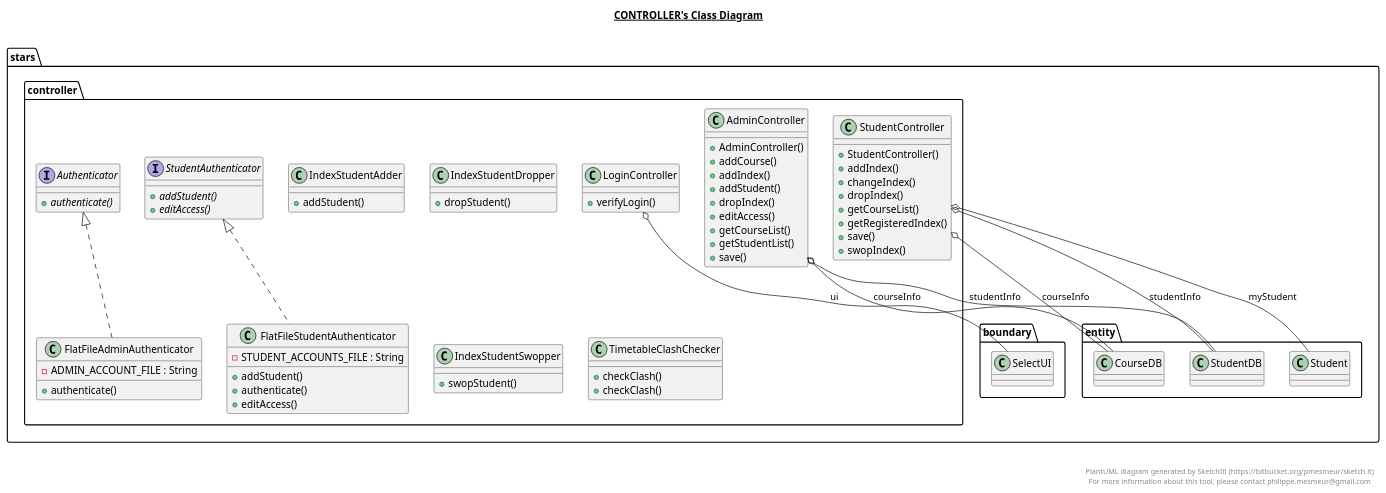
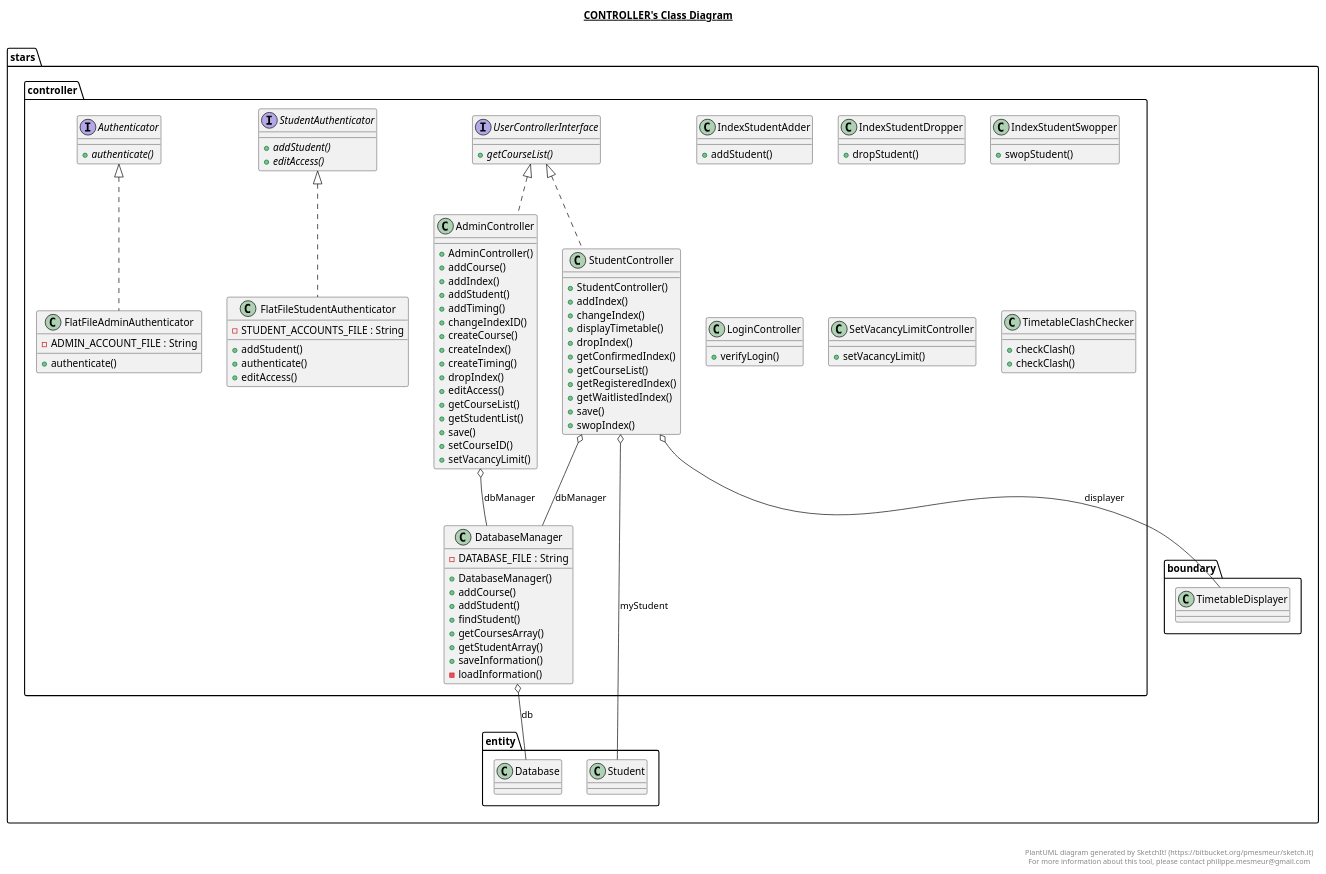
One commit to shengjie98/CZ2002 changed the diagram in stars/controller/controller.plantuml. Above: the diagram before and after it, drawn with PlantUML. The commit also changed 6 other files, not shown here.

Commit message:
uml diag

```diff
--- a/stars/controller/controller.plantuml
+++ b/stars/controller/controller.plantuml
@@ -1,120 +1,160 @@
 @startuml
 
 title __CONTROLLER's Class Diagram__\n
 
   namespace stars.controller {
     class stars.controller.AdminController {
         + AdminController()
         + addCourse()
         + addIndex()
         + addStudent()
+        + addTiming()
+        + changeIndexID()
+        + createCourse()
+        + createIndex()
+        + createTiming()
         + dropIndex()
         + editAccess()
         + getCourseList()
         + getStudentList()
         + save()
+        + setCourseID()
+        + setVacancyLimit()
     }
   }
   
 
   namespace stars.controller {
     interface stars.controller.Authenticator {
         {abstract} + authenticate()
+    }
+  }
+  
+
+  namespace stars.controller {
+    class stars.controller.DatabaseManager {
+        - DATABASE_FILE : String
+        + DatabaseManager()
+        + addCourse()
+        + addStudent()
+        + findStudent()
+        + getCoursesArray()
+        + getStudentArray()
+        + saveInformation()
+        - loadInformation()
     }
   }
   
 
   namespace stars.controller {
     class stars.controller.FlatFileAdminAuthenticator {
         - ADMIN_ACCOUNT_FILE : String
         + authenticate()
     }
   }
   
 
   namespace stars.controller {
     class stars.controller.FlatFileStudentAuthenticator {
         - STUDENT_ACCOUNTS_FILE : String
         + addStudent()
         + authenticate()
         + editAccess()
     }
   }
   
 
   namespace stars.controller {
     class stars.controller.IndexStudentAdder {
         + addStudent()
     }
   }
   
 
   namespace stars.controller {
     class stars.controller.IndexStudentDropper {
         + dropStudent()
     }
   }
   
 
   namespace stars.controller {
     class stars.controller.IndexStudentSwopper {
         + swopStudent()
     }
   }
   
 
   namespace stars.controller {
     class stars.controller.LoginController {
         + verifyLogin()
     }
   }
   
 
   namespace stars.controller {
+    class stars.controller.SetVacancyLimitController {
+        + setVacancyLimit()
+    }
+  }
+  
+
+  namespace stars.controller {
     interface stars.controller.StudentAuthenticator {
         {abstract} + addStudent()
         {abstract} + editAccess()
     }
   }
   
 
   namespace stars.controller {
     class stars.controller.StudentController {
         + StudentController()
         + addIndex()
         + changeIndex()
+        + displayTimetable()
         + dropIndex()
+        + getConfirmedIndex()
         + getCourseList()
         + getRegisteredIndex()
+        + getWaitlistedIndex()
         + save()
         + swopIndex()
     }
   }
   
 
   namespace stars.controller {
     class stars.controller.TimetableClashChecker {
         + checkClash()
         + checkClash()
     }
   }
   
 
-  stars.controller.AdminController o-- stars.entity.CourseDB : courseInfo
-  stars.controller.AdminController o-- stars.entity.StudentDB : studentInfo
+  namespace stars.controller {
+    interface stars.controller.UserControllerInterface {
+        {abstract} + getCourseList()
+    }
+  }
+  
+
+  stars.controller.AdminController .up.|> stars.controller.UserControllerInterface
+  stars.controller.AdminController o-- stars.controller.DatabaseManager : dbManager
+  stars.controller.DatabaseManager o-- stars.entity.Database : db
   stars.controller.FlatFileAdminAuthenticator .up.|> stars.controller.Authenticator
   stars.controller.FlatFileStudentAuthenticator .up.|> stars.controller.StudentAuthenticator
-  stars.controller.LoginController o-- stars.boundary.SelectUI : ui
-  stars.controller.StudentController o-- stars.entity.CourseDB : courseInfo
+  stars.controller.StudentController .up.|> stars.controller.UserControllerInterface
+  stars.controller.StudentController o-- stars.controller.DatabaseManager : dbManager
+  stars.controller.StudentController o-- stars.boundary.TimetableDisplayer : displayer
   stars.controller.StudentController o-- stars.entity.Student : myStudent
-  stars.controller.StudentController o-- stars.entity.StudentDB : studentInfo
 
 
 right footer
 
 
 PlantUML diagram generated by SketchIt! (https://bitbucket.org/pmesmeur/sketch.it)
 For more information about this tool, please contact philippe.mesmeur@gmail.com
 endfooter
 
 @enduml
```
